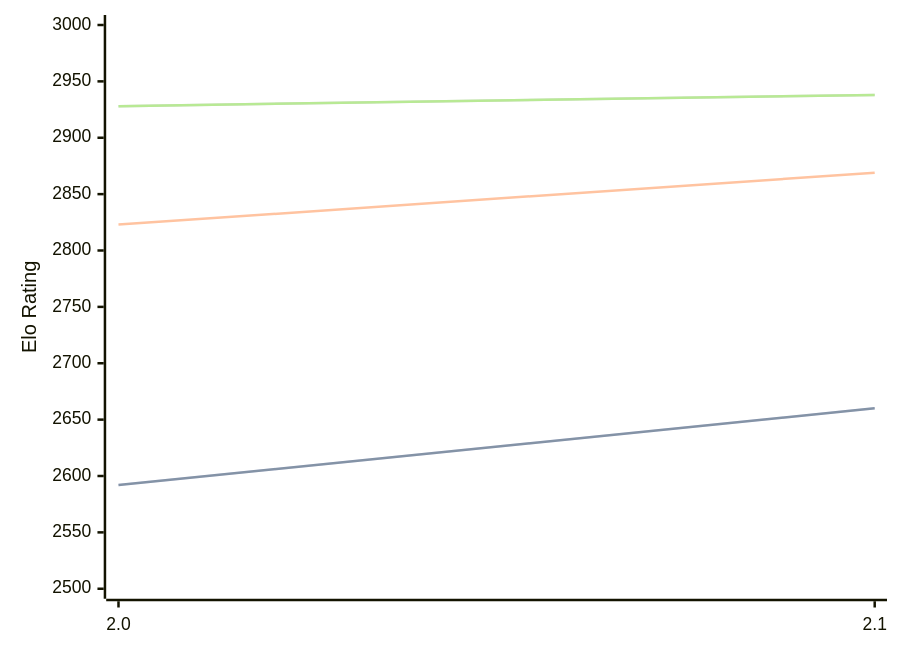
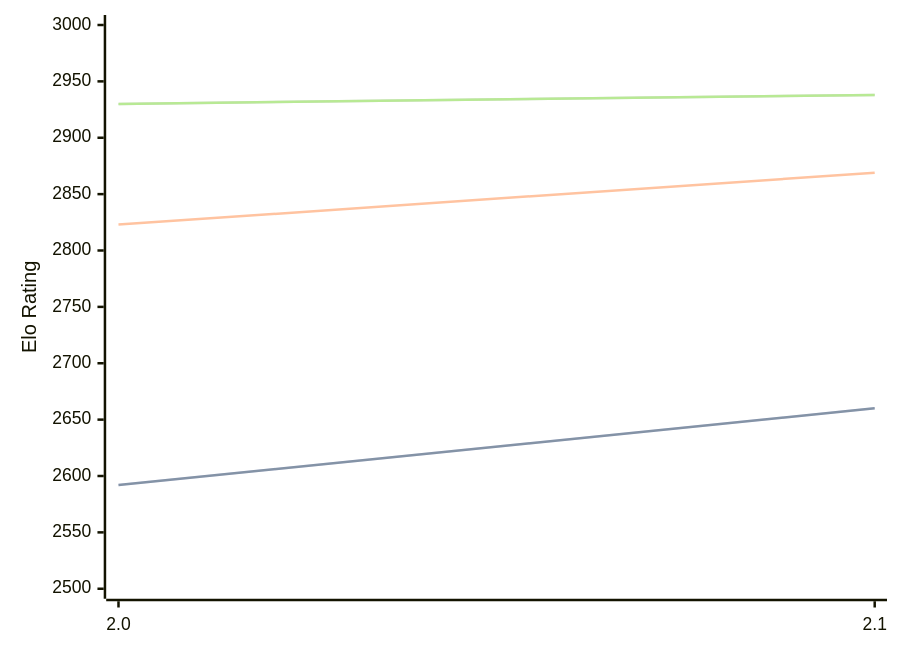
One commit to computer-chess-index/cci changed the diagram in engines/Noggin.md. Above: the diagram before and after it, drawn with Mermaid. The commit also changed other lines of this file, not shown here.

Commit message:
Update CCI Ratings (ELO VLTC) - 2026-08-20

````diff
--- a/engines/Noggin.md
+++ b/engines/Noggin.md
@@ -33,11 +33,11 @@
 ```mermaid
 %%{init: {"theme":"base","themeVariables":{"seriesColors:['#a3a3a3','#222221','#faa371']}}}%%
 xychart-beta
   x-axis ["2.0", "2.1"]
   y-axis "Elo Rating" 2500 --> 3000
   line "STC (8.0+0.08s)" [2592, 2660]
   line "STC (8.0+0.08s)" [2592, 2660]
   line "LTC (60.0+0.60s)" [2823, 2869]
-  line "VLTC (2m24s+1.12s)" [2928, 2938]
-  line "VLTC (2m24s+1.12s)" [2928, 2938]
+  line "VLTC (2m24s+1.12s)" [2930, 2938]
+  line "VLTC (2m24s+1.12s)" [2930, 2938]
 ```
````
